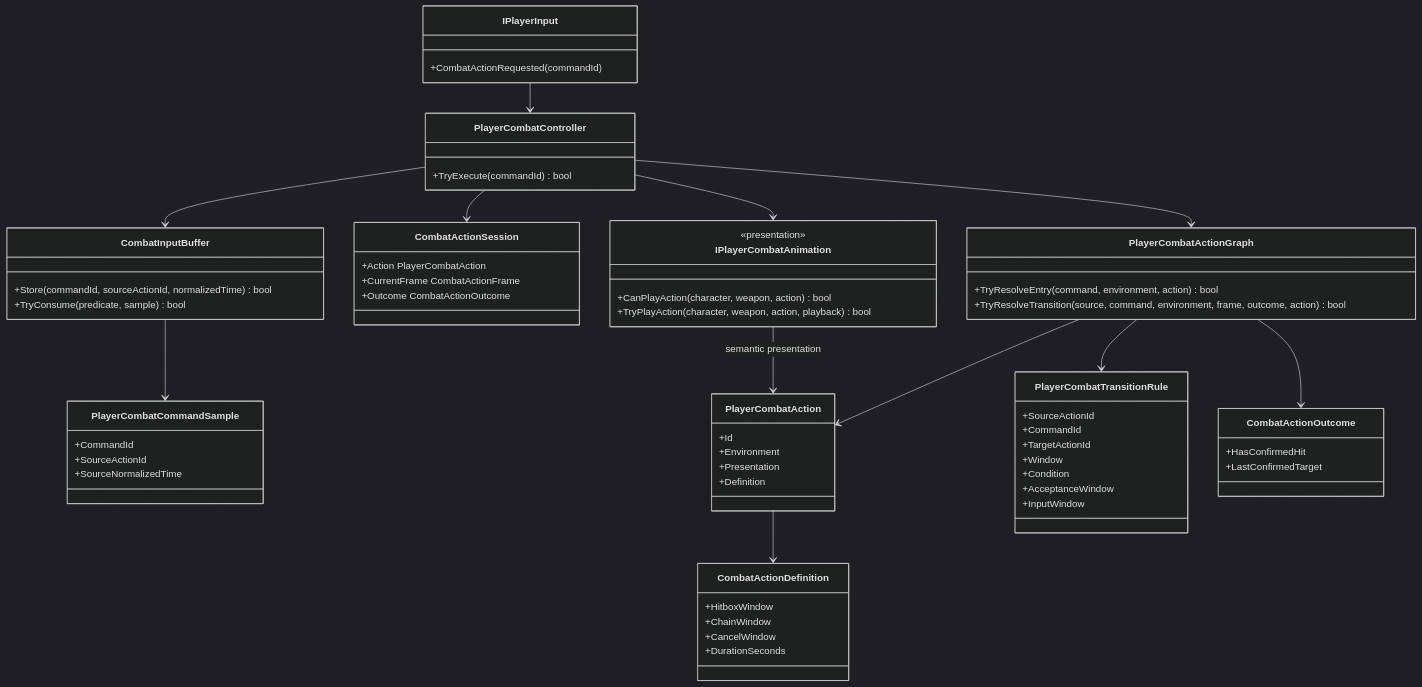
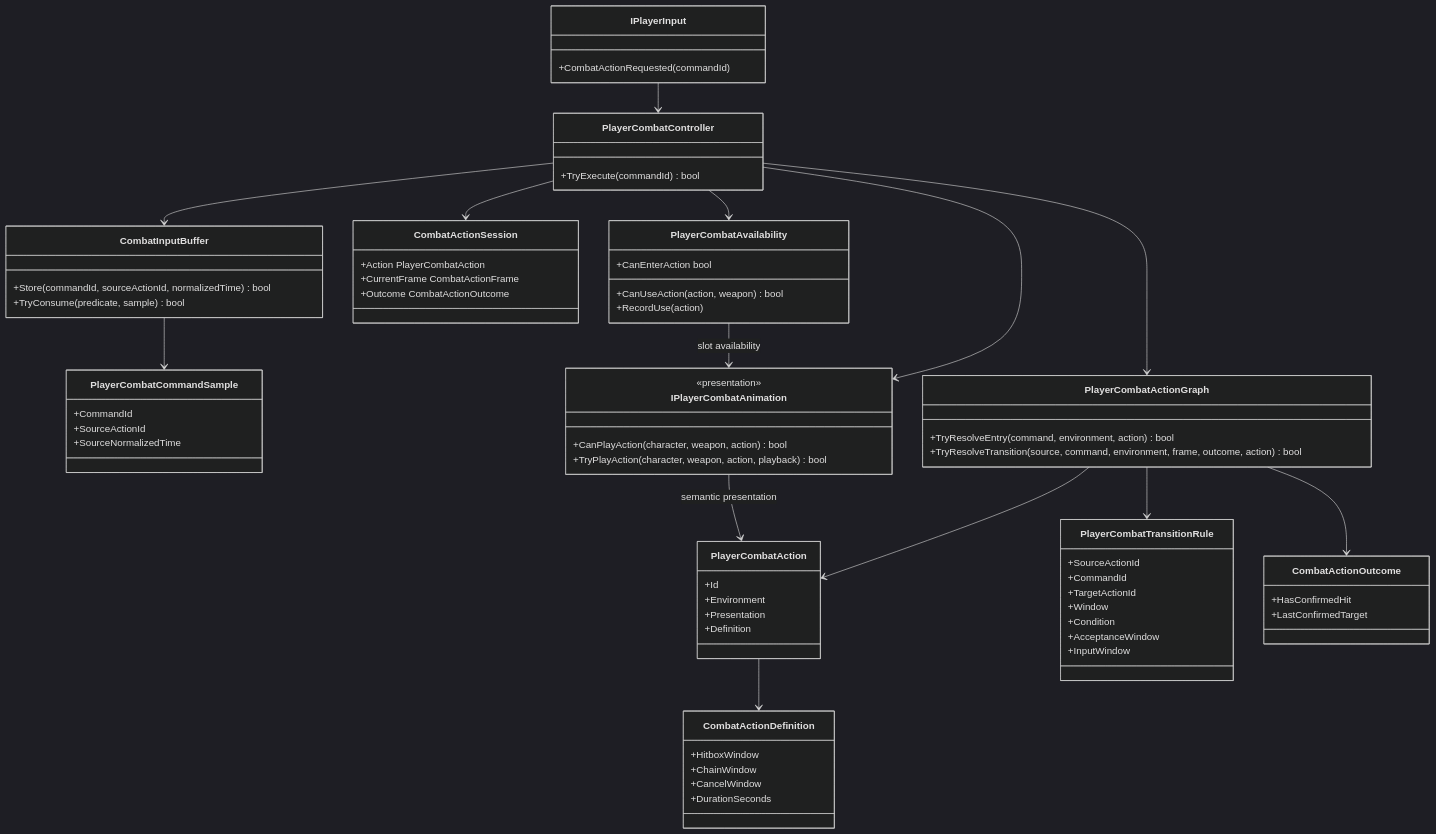
The diagram in Docs/Architecture/Combat.ComboGraph.md (MaximFonariuc/project-s), drawn with Mermaid (dark theme) before and after one commit. The commit also changed 9 other files, not shown here.

Commit message:
refactor(combat): centralize action availability

````diff
--- a/Docs/Architecture/Combat.ComboGraph.md
+++ b/Docs/Architecture/Combat.ComboGraph.md
@@ -10,69 +10,76 @@
 ```mermaid
 classDiagram
     class IPlayerInput {
         +CombatActionRequested(commandId)
     }
     class CombatInputBuffer {
         +Store(commandId, sourceActionId, normalizedTime) bool
         +TryConsume(predicate, sample) bool
     }
     class PlayerCombatCommandSample {
         +CommandId
         +SourceActionId
         +SourceNormalizedTime
     }
     class PlayerCombatController {
         +TryExecute(commandId) bool
     }
     class CombatActionSession {
         +Action PlayerCombatAction
         +CurrentFrame CombatActionFrame
         +Outcome CombatActionOutcome
     }
     class PlayerCombatActionGraph {
         +TryResolveEntry(command, environment, action) bool
         +TryResolveTransition(source, command, environment, frame, outcome, action) bool
     }
     class PlayerCombatAction {
         +Id
         +Environment
         +Presentation
         +Definition
     }
     class PlayerCombatTransitionRule {
         +SourceActionId
         +CommandId
         +TargetActionId
         +Window
         +Condition
         +AcceptanceWindow
         +InputWindow
     }
     class CombatActionDefinition {
         +HitboxWindow
         +ChainWindow
         +CancelWindow
         +DurationSeconds
     }
     class CombatActionOutcome {
         +HasConfirmedHit
         +LastConfirmedTarget
     }
     class IPlayerCombatAnimation {
         <<presentation>>
         +CanPlayAction(character, weapon, action) bool
         +TryPlayAction(character, weapon, action, playback) bool
     }
+    class PlayerCombatAvailability {
+        +CanEnterAction bool
+        +CanUseAction(action, weapon) bool
+        +RecordUse(action)
+    }
 
     IPlayerInput --> PlayerCombatController
     PlayerCombatController --> CombatInputBuffer
     PlayerCombatController --> CombatActionSession
     CombatInputBuffer --> PlayerCombatCommandSample
     PlayerCombatController --> PlayerCombatActionGraph
+    PlayerCombatController --> PlayerCombatAvailability
     PlayerCombatActionGraph --> PlayerCombatAction
     PlayerCombatActionGraph --> PlayerCombatTransitionRule
     PlayerCombatAction --> CombatActionDefinition
     PlayerCombatActionGraph --> CombatActionOutcome
     PlayerCombatController --> IPlayerCombatAnimation
     IPlayerCombatAnimation --> PlayerCombatAction : semantic presentation
+    PlayerCombatAvailability --> IPlayerCombatAnimation : slot availability
 ```
````
